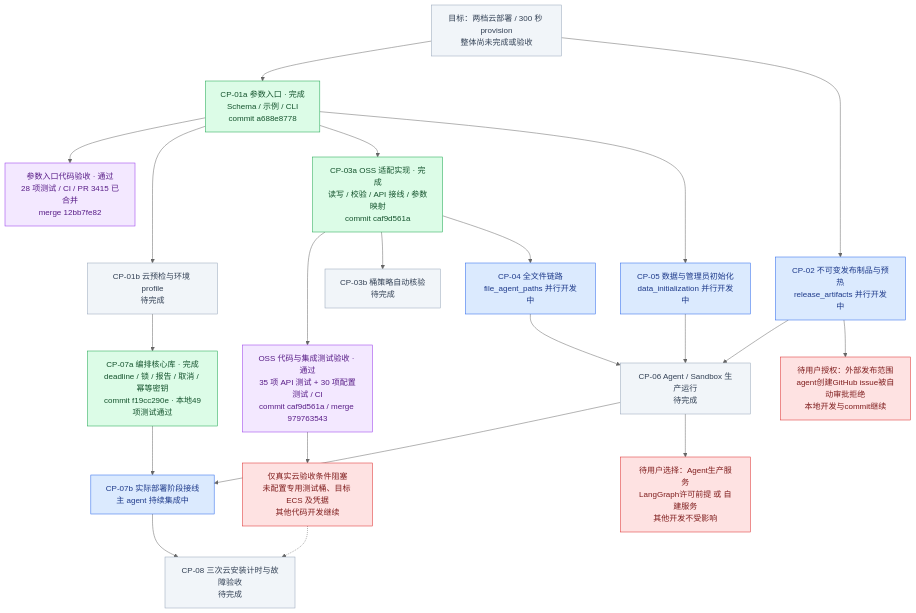
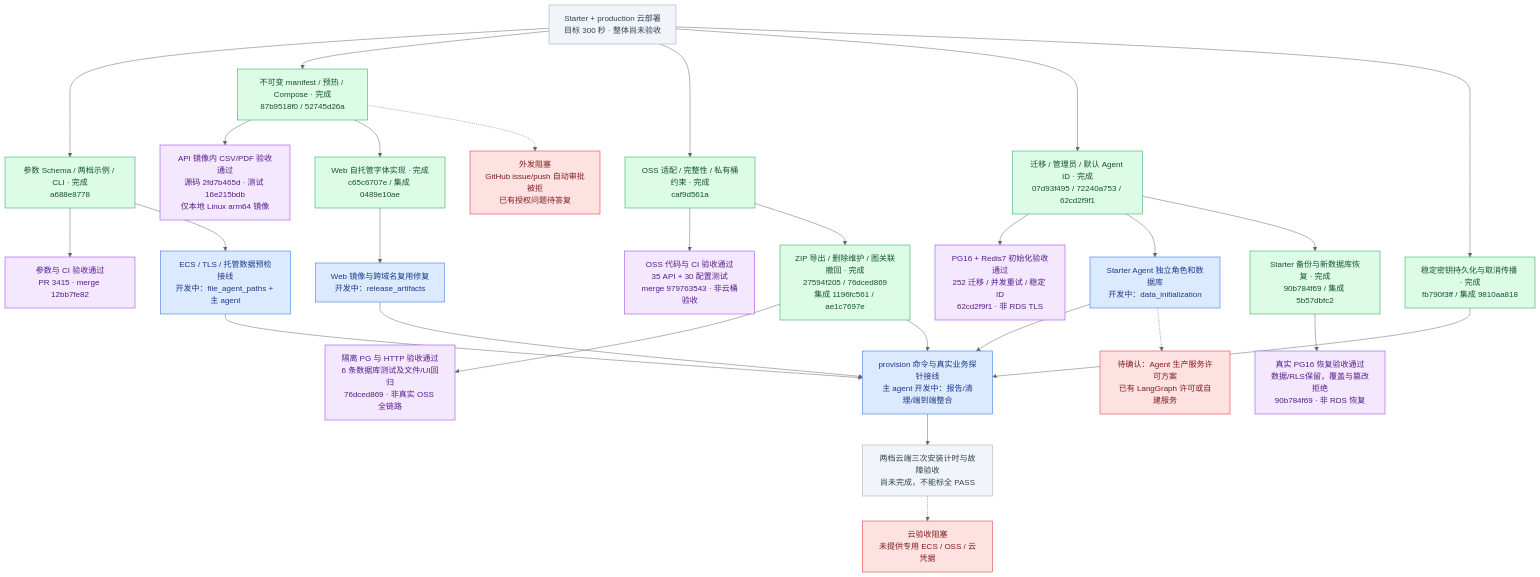
One commit to boardx/workspacex changed the diagram in docs/deployment/cloud-provision-progress.md. Above: the diagram before and after it, drawn with Mermaid (neutral theme). The commit also changed other lines of this file and 1 other file, not shown here.

Commit message:
docs(deploy): refresh evidence-based parallel delivery progress

````diff
--- a/docs/deployment/cloud-provision-progress.md
+++ b/docs/deployment/cloud-provision-progress.md
@@ -12,34 +7,47 @@
 ```mermaid
 flowchart TD
-    TARGET["目标：两档云部署 / 300 秒 provision<br/>整体尚未完成或验收"]
-    TARGET --> A["CP-01a 参数入口 · 完成<br/>Schema / 示例 / CLI<br/>commit a688e8778"]
-    A --> AV["参数入口代码验收 · 通过<br/>28 项测试 / CI / PR 3415 已合并<br/>merge 12bb7fe82"]
-    A --> B["CP-01b 云预检与环境 profile<br/>待完成"]
-    TARGET --> C["CP-02 不可变发布制品与预热<br/>release_artifacts 并行开发中"]
-    A --> D["CP-03a OSS 适配实现 · 完成<br/>读写 / 校验 / API 接线 / 参数映射<br/>commit caf9d561a"]
-    D --> DV["OSS 代码与集成测试验收 · 通过<br/>35 项 API 测试 + 30 项配置测试 / CI<br/>commit caf9d561a / merge 979763543"]
-    D --> DP["CP-03b 桶策略自动核验<br/>待完成"]
-    D --> E["CP-04 全文件链路<br/>file_agent_paths 并行开发中"]
-    A --> F["CP-05 数据与管理员初始化<br/>data_initialization 并行开发中"]
-    C --> G["CP-06 Agent / Sandbox 生产运行<br/>待完成"]
-    E --> G
-    F --> G
-    B --> H["CP-07a 编排核心库 · 完成<br/>deadline / 锁 / 报告 / 取消 / 幂等密钥<br/>commit f19cc290e · 本地49项测试通过"]
-    H --> HI["CP-07b 实际部署阶段接线<br/>主 agent 持续集成中"]
-    G --> HI
-    HI --> I["CP-08 三次云安装计时与故障验收<br/>待完成"]
-    DV --> BLOCK["仅真实云验收条件阻塞<br/>未配置专用测试桶、目标 ECS 及凭据<br/>其他代码开发继续"]
-    BLOCK -.-> I
-    G --> LICENSE["待用户选择：Agent生产服务<br/>LangGraph许可前提 或 自建服务<br/>其他开发不受影响"]
-    C --> GH["待用户授权：外部发布范围<br/>agent创建GitHub issue被自动审批拒绝<br/>本地开发与commit继续"]
+    T["Starter + production 云部署<br/>目标 300 秒 · 整体尚未验收"]
+
+    T --> CFG["参数 Schema / 两档示例 / CLI · 完成<br/>a688e8778"]
+    CFG --> CFGV["参数与 CI 验收通过<br/>PR 3415 · merge 12bb7fe82"]
+    CFG --> PRE["ECS / TLS / 托管数据预检接线<br/>开发中：file_agent_paths + 主 agent"]
+
+    T --> REL["不可变 manifest / 预热 / Compose · 完成<br/>87b9518f0 / 52745d26a"]
+    REL --> RELV["API 镜像内 CSV/PDF 验收通过<br/>源码 2fd7b465d · 测试 16e215bdb<br/>仅本地 Linux arm64 镜像"]
+    REL --> WEB["Web 自托管字体实现 · 完成<br/>c65c6707e / 集成 0489e10ae"]
+    WEB --> WEBRUN["Web 镜像与跨域名复用修复<br/>开发中：release_artifacts"]
+
+    T --> OSS["OSS 适配 / 完整性 / 私有桶约束 · 完成<br/>caf9d561a"]
+    OSS --> OSSV["OSS 代码与 CI 验收通过<br/>35 API + 30 配置测试<br/>merge 979763543 · 非云桶验收"]
+    OSS --> FILE["ZIP 导出 / 删除维护 / 图关联撤回 · 完成<br/>27594f205 / 76dced869<br/>集成 1196fc561 / ae1c7697e"]
+    FILE --> FILEV["隔离 PG 与 HTTP 验收通过<br/>6 条数据库测试及文件/UI回归<br/>76dced869 · 非真实 OSS 全链路"]
+
+    T --> DB["迁移 / 管理员 / 默认 Agent ID · 完成<br/>07d93f495 / 72240a753 / 62cd2f9f1"]
+    DB --> DBV["PG16 + Redis7 初始化验收通过<br/>252 迁移 / 并发重试 / 稳定 ID<br/>62cd2f9f1 · 非 RDS TLS"]
+    DB --> ADB["Starter Agent 独立角色和数据库<br/>开发中：data_initialization"]
+    DB --> BACK["Starter 备份与新数据库恢复 · 完成<br/>90b784f69 / 集成 5b57dbfc2"]
+    BACK --> BACKV["真实 PG16 恢复验收通过<br/>数据/RLS保留，覆盖与篡改拒绝<br/>90b784f69 · 非 RDS 恢复"]
+
+    T --> SEC["稳定密钥持久化与取消传播 · 完成<br/>fb790f3ff / 集成 9810aa818"]
+    PRE --> RUN["provision 命令与真实业务探针接线<br/>主 agent 开发中：报告/清理/端到端整合"]
+    WEBRUN --> RUN
+    ADB --> RUN
+    SEC --> RUN
+    FILE --> RUN
+    RUN --> CLOUD["两档云端三次安装计时与故障验收<br/>尚未完成，不能标全 PASS"]
+
+    CLOUD -.-> BLOCK["云验收阻塞<br/>未提供专用 ECS / OSS / 云凭据"]
+    ADB -.-> LICENSE["待确认：Agent 生产服务许可方案<br/>已有 LangGraph 许可或自建服务"]
+    REL -.-> GH["外发阻塞<br/>GitHub issue/push 自动审批被拒<br/>已有授权问题待答复"]
+
     classDef done fill:#dcfce7,stroke:#16a34a,color:#14532d;
     classDef accepted fill:#f3e8ff,stroke:#9333ea,color:#581c87;
     classDef blocked fill:#fee2e2,stroke:#dc2626,color:#7f1d1d;
     classDef active fill:#dbeafe,stroke:#2563eb,color:#1e3a8a;
     classDef pending fill:#f1f5f9,stroke:#94a3b8,color:#334155;
-    class A,D,H done;
-    class AV,DV accepted;
+    class CFG,REL,WEB,OSS,FILE,DB,BACK,SEC done;
+    class CFGV,RELV,OSSV,FILEV,DBV,BACKV accepted;
+    class PRE,WEBRUN,ADB,RUN active;
     class BLOCK,LICENSE,GH blocked;
-    class C,E,F,HI active;
-    class TARGET,B,DP,G,I pending;
+    class T,CLOUD pending;
 ```
````
